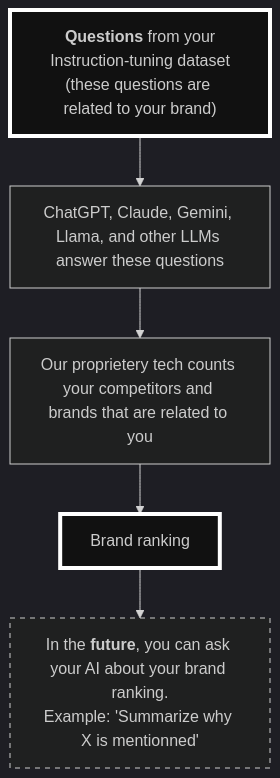
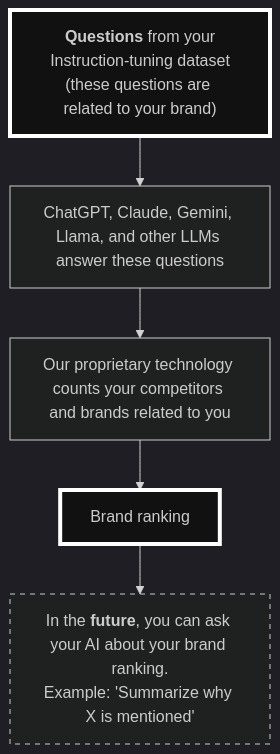
The diagram in diagrams/measure_it.mmd (kirilligum/prls.co), drawn with Mermaid before and after one commit.

Commit message:
fix: Correct grammar in measure_it.mmd file

```diff
--- a/diagrams/measure_it.mmd
+++ b/diagrams/measure_it.mmd
@@ -1,17 +1,17 @@
 %%{init: {'theme':'dark', 'themeVariables': {'background': '#212121'}}}%%
 graph TD
 
 questions["<b>Questions</b> from your<br/>Instruction-tuning dataset<br/>(these questions are related to your brand)"]
 llm_answers["ChatGPT, Claude, Gemini, Llama, and other LLMs answer these questions"]
-count_brand_mentions["Our proprietery tech counts your competitors and brands that are related to you"]
+count_brand_mentions["Our proprietary technology counts your competitors and brands related to you"]
 brand_ranking["Brand ranking"]
-competition_rag["In the <b>future</b>, you can ask your AI about your brand ranking.<br/>Example: 'Summarize why X is mentionned'"]
+competition_rag["In the <b>future</b>, you can ask your AI about your brand ranking.<br/>Example: 'Summarize why X is mentioned'"]
 
 questions --> llm_answers
 llm_answers --> count_brand_mentions
 count_brand_mentions --> brand_ranking
 brand_ranking --> competition_rag
 
 style questions stroke:#ffffff,stroke-width:4px,fill:#111111
 style brand_ranking stroke:#ffffff,stroke-width:4px,fill:#111111
 style competition_rag stroke-dasharray: 5, 5
```
